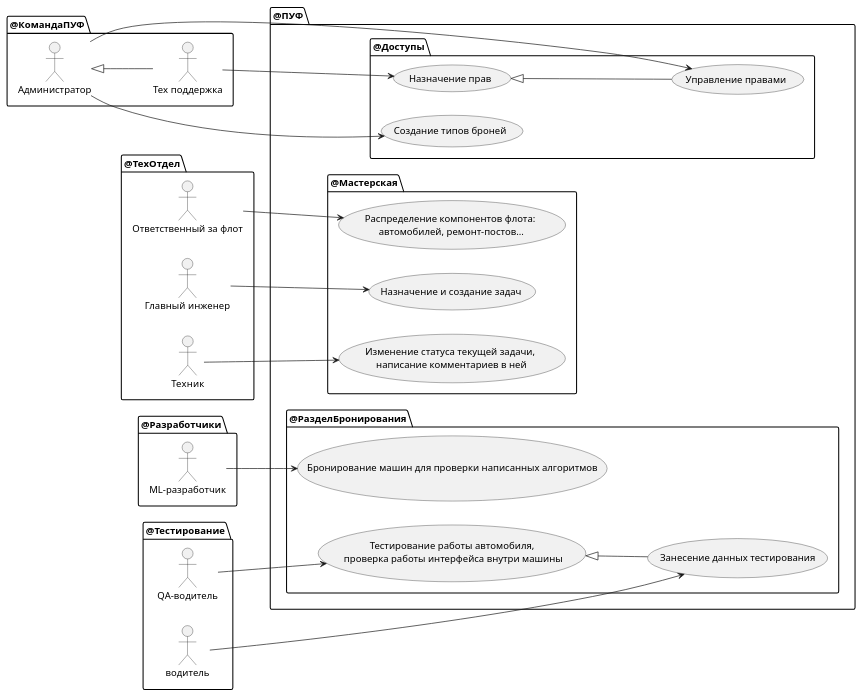
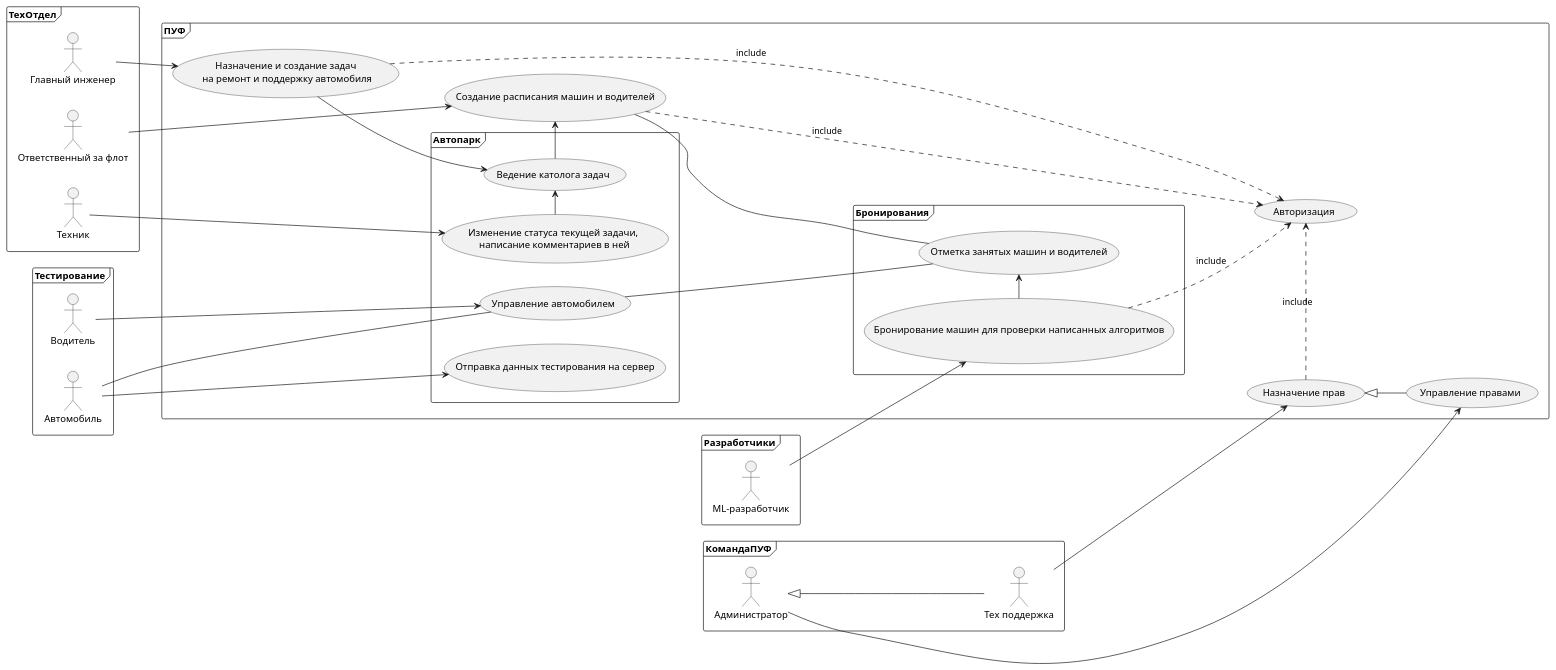
The diagram in Lab1/UseCaseUsers.puml (DeadlySquad13/t5-1-ObjectOrientedArchitecturing__Labs), drawn with PlantUML before and after one commit. The commit also changed 1 other file, not shown here.

```diff
--- a/Lab1/UseCaseUsers.puml
+++ b/Lab1/UseCaseUsers.puml
@@ -1,55 +1,72 @@
 @startuml
 left to right direction
 
-package @КомандаПУФ {
+frame КомандаПУФ {
 
     :Тех поддержка: as Support
     :Администратор: as Admin
     Admin <|-- Support
 }
 
-package @Тестирование {
-    :QA-водитель:
-    :водитель:
+frame Тестирование {
+    :Водитель:
+    :Автомобиль: as Auto
 }
 
-package @ТехОтдел {
-    :Ответственный за флот:
-    :Главный инженер:
-    :Техник:
+frame ТехОтдел {
+    :Ответственный за флот: as FleetManager
+    :Главный инженер: as Engineer
+    :Техник: as Technician
 }
 
-package @Разработчики {
+frame Разработчики {
     :ML-разработчик:
 }
 
-package @ПУФ {
+frame ПУФ {
+    (Управление правами) as (RM)
+    (Назначение прав) as (R)
+    (Авторизация) as (Auth)
 
-    package @Доступы {
-        (Управление правами) as (RM)
-        (Назначение прав) as (R)
-        (R) <|-- (RM)
+    (R) .> (Auth) : include
+    (ServiceManagement) .> (Auth) : include
+    (CarManagement) .> (Auth) : include
 
-        Admin --> (RM)
-        Admin --> (Создание типов броней)
-        Support --> (R)
+    Admin -down-> (RM)
+    Support -down-> (R)
+    (R) <|-- (RM)
+
+    frame Бронирования {
+        (Бронирование машин для проверки написанных алгоритмов) as (Reservation)
+        (Отметка занятых машин и водителей) as (Calendaring)
+
+        :ML-разработчик: --> (Reservation)
+        (Reservation) -> (Calendaring)
+
+        (Reservation) ..> (Auth) : include
     }
 
-    package @Мастерская {
-        :Ответственный за флот: --> (Распределение компонентов флота:\n автомобилей, ремонт-постов...)
-        :Главный инженер: --> (Назначение и создание задач)
-        :Техник: --> (Изменение статуса текущей задачи,\n написание комментариев в ней)
-    }
+    frame Автопарк {
+        (Создание расписания машин и водителей) as (CarManagement)
+        (Управление автомобилем) as (Riding)
+        (Назначение и создание задач\n на ремонт и поддержку автомобиля) as (ServiceManagement)
+        (Изменение статуса текущей задачи,\n написание комментариев в ней) as (ServiceWork)
+        (Ведение католога задач) as (Tasks)
 
-    package @РазделБронирования {
-        (Тестирование работы автомобиля,\n проверка работы интерфейса внутри машины) as (FullTesting)
-        (FullTesting) <|-- (Занесение данных тестирования)
+        :Engineer: --> (ServiceManagement)
+        (ServiceManagement) --> (Tasks)
+        :Technician: --> (ServiceWork)
+        (ServiceWork) -> (Tasks)
+        (Tasks) -> (CarManagement)
 
-        :ML-разработчик: --> (Бронирование машин для проверки написанных алгоритмов)
-        :QA-водитель: --> (FullTesting)
-        :водитель: --> (Занесение данных тестирования)
+        :FleetManager: --> (CarManagement)
+        :Водитель: --> (Riding)
+        (Riding) --- (Calendaring)
+        :Auto: --> (Отправка данных тестирования на сервер)
+        :Auto: --- (Riding)
+        (CarManagement) --- (Calendaring)
     }
 
 }
 
 @enduml
```
